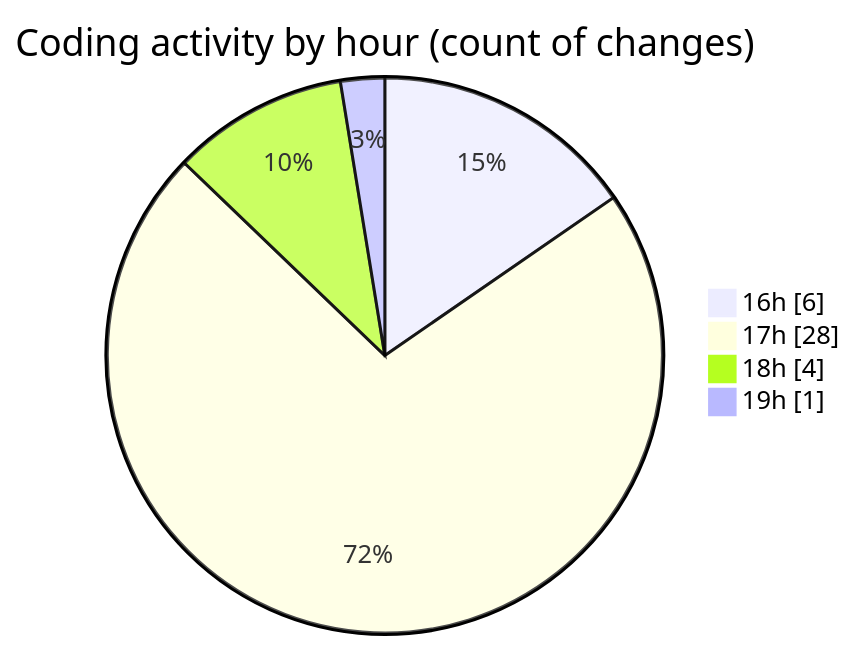
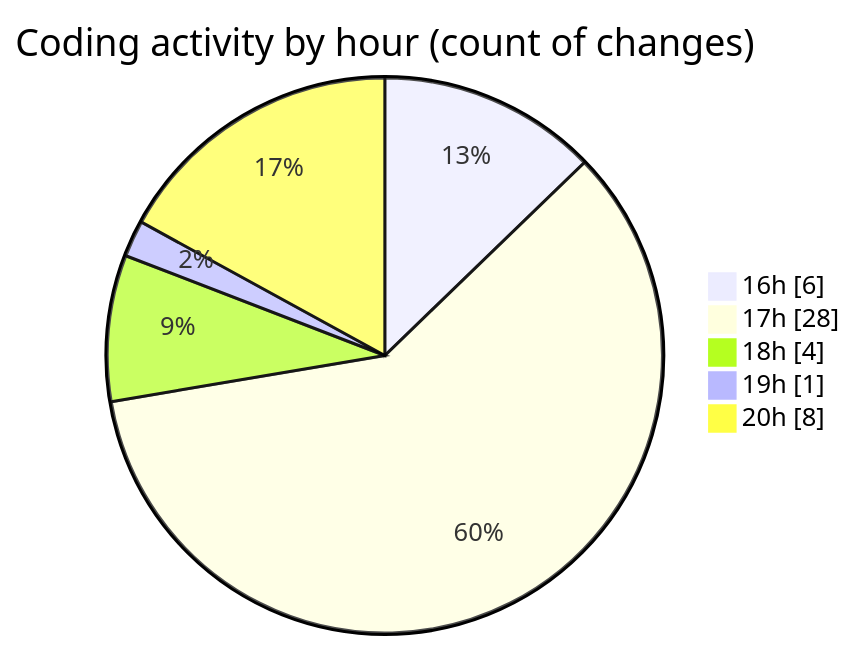
The second of 2 diagrams in 2025-06-24/scopecraft/README.md (Ritupan-Deka/code-tracking), drawn with Mermaid before and after one commit. The commit also changed other lines of this file and 1 other file, not shown here.

````diff
--- a/2025-06-24/scopecraft/README.md
+++ b/2025-06-24/scopecraft/README.md
@@ -40,8 +40,9 @@
 ```mermaid
 pie showData
 title Coding activity by hour (count of changes)
 "16h" : 6
 "17h" : 28
 "18h" : 4
 "19h" : 1
+"20h" : 8
 ```
````
